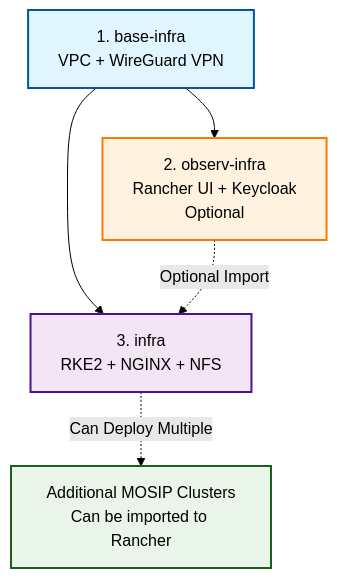
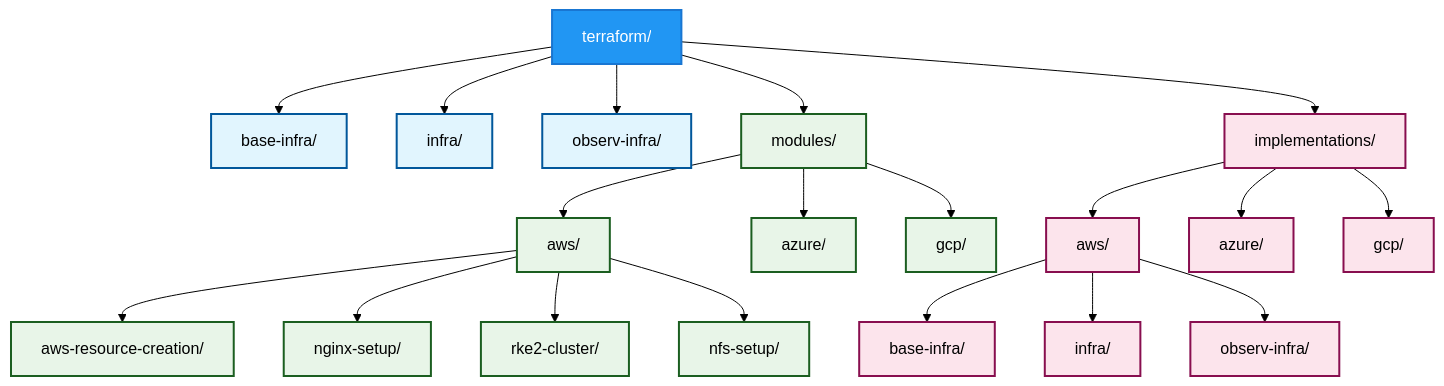
Before and after one commit to mosip/infra: the second of 3 diagrams in terraform/README.md, drawn with Mermaid (forest theme). The commit also changed other lines of this file and 1 other file, not shown here.

Commit message:
[MOSIP-42519]updated root documentation

````diff
--- a/terraform/README.md
+++ b/terraform/README.md
@@ -160,12 +90,35 @@
 ```mermaid
 graph TD
-    A[1. base-infra<br/>VPC + WireGuard VPN] --> B[2. observ-infra<br/>Rancher UI + Keycloak<br/>Optional]
-    A --> C[3. infra<br/>RKE2 + NGINX + NFS]
-    B -.->|Optional Import| C
-    C -.->|Can Deploy Multiple| D[Additional MOSIP Clusters<br/>Can be imported to Rancher]
+    A["terraform/"] --> B["base-infra/"]
+    A --> C["infra/"]
+    A --> D["observ-infra/"]
+    A --> E["modules/"]
+    A --> F["implementations/"]
     
-    style A fill:#e1f5fe,stroke:#01579b,stroke-width:2px,color:#000000
-    style B fill:#fff3e0,stroke:#f57c00,stroke-width:2px,color:#000000
-    style C fill:#f3e5f5,stroke:#4a148c,stroke-width:2px,color:#000000
-    style D fill:#e8f5e8,stroke:#1b5e20,stroke-width:2px,color:#000000
+    E --> E1["aws/"]
+    E --> E2["azure/"]
+    E --> E3["gcp/"]
+    
+    E1 --> E1A["aws-resource-creation/"]
+    E1 --> E1B["nginx-setup/"]
+    E1 --> E1C["rke2-cluster/"]
+    E1 --> E1D["nfs-setup/"]
+    
+    F --> F1["aws/"]
+    F --> F2["azure/"]
+    F --> F3["gcp/"]
+    
+    F1 --> F1A["base-infra/"]
+    F1 --> F1B["infra/"]
+    F1 --> F1C["observ-infra/"]
+    
+    classDef root fill:#2196F3,stroke:#1976D2,stroke-width:2px,color:#fff
+    classDef component fill:#e1f5fe,stroke:#01579b,stroke-width:2px,color:#000000
+    classDef modules fill:#e8f5e8,stroke:#1b5e20,stroke-width:2px,color:#000000
+    classDef impl fill:#fce4ec,stroke:#880e4f,stroke-width:2px,color:#000000
+    
+    class A root
+    class B,C,D component
+    class E,E1,E2,E3,E1A,E1B,E1C,E1D modules
+    class F,F1,F2,F3,F1A,F1B,F1C impl
 ```
````
